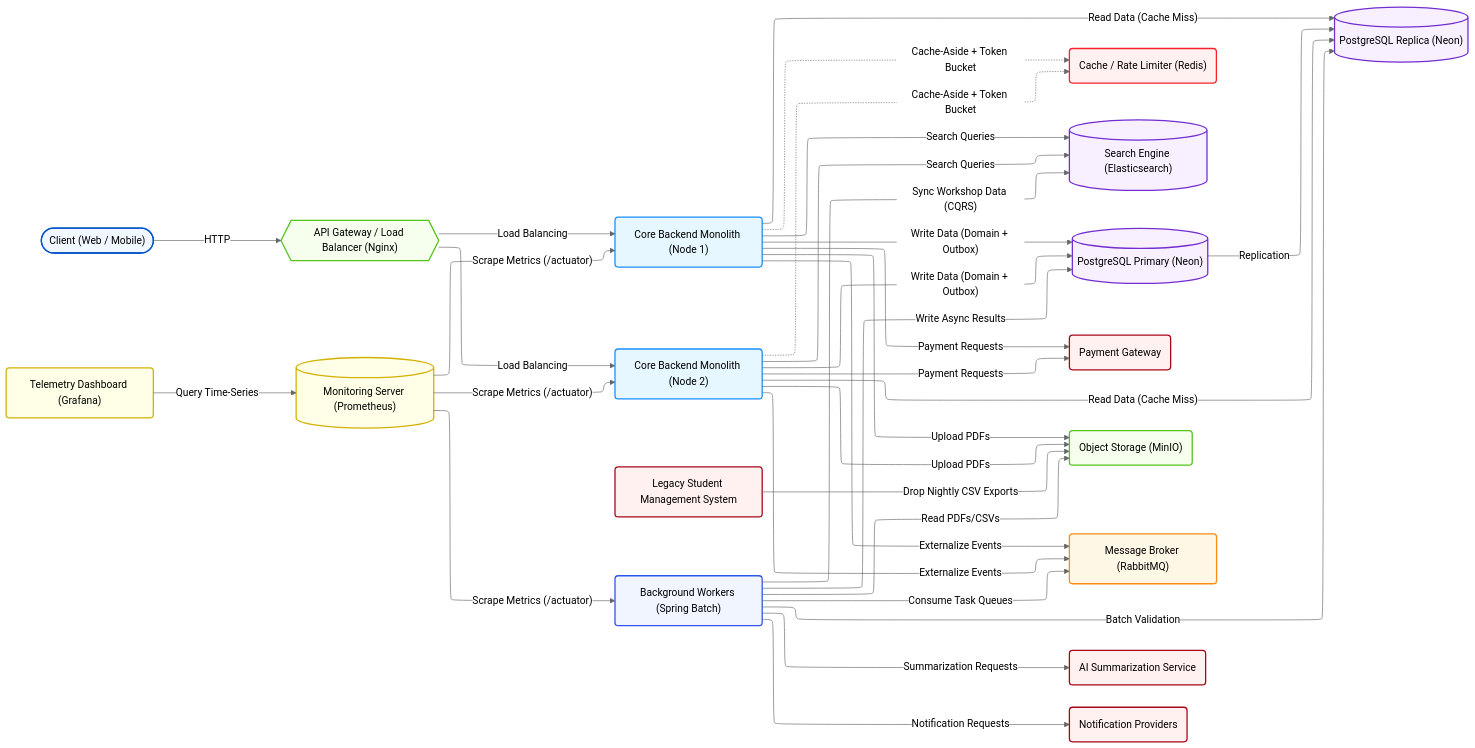
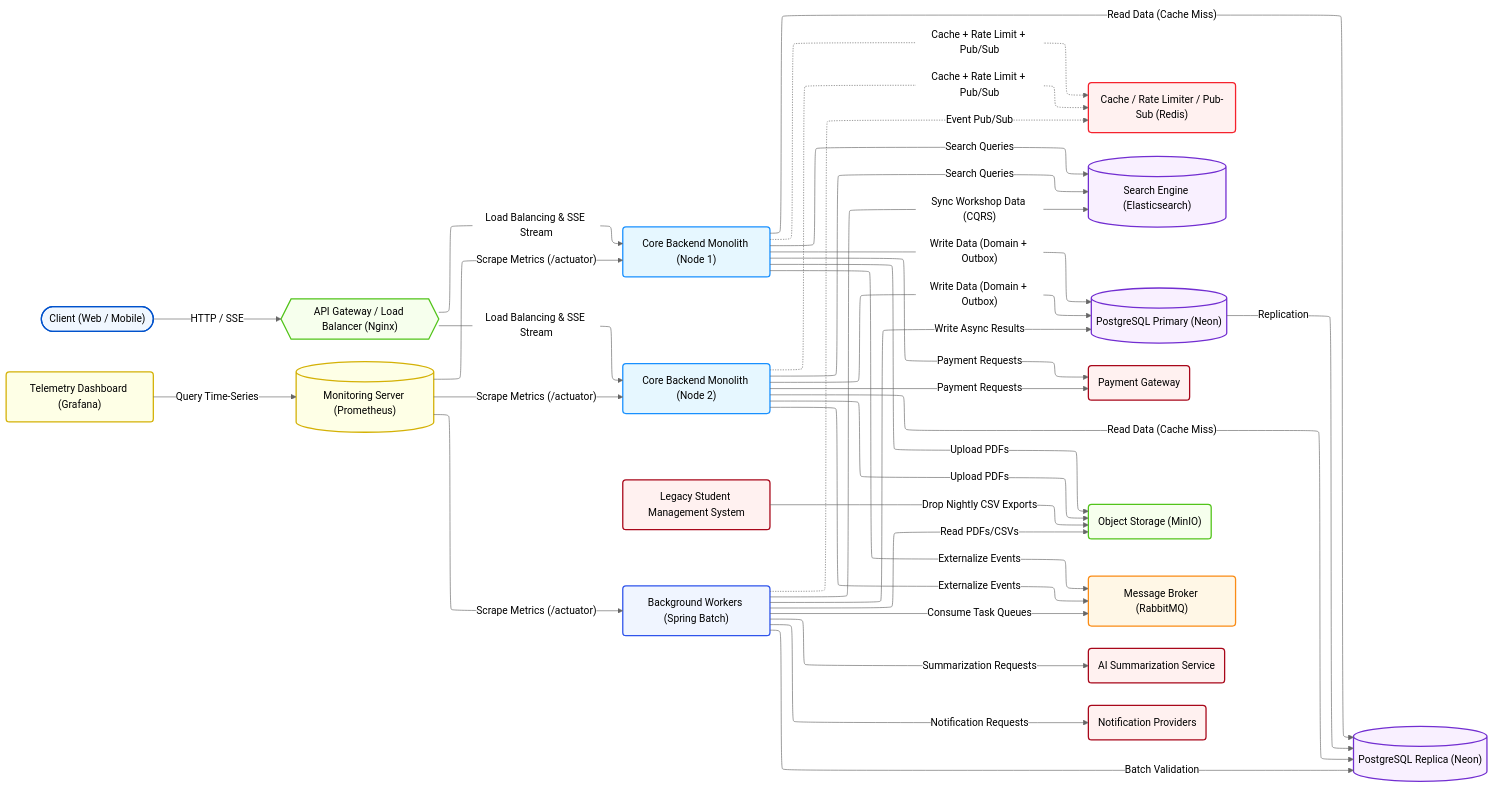
The diagram in docs/system-architecture.md (phatnguyen975/unihub-workshop), drawn with Mermaid before and after one commit. The commit also changed 8 other files, not shown here.

Commit message:
refactor: add SSE for realtime to architecture

```diff
--- a/docs/system-architecture.md
+++ b/docs/system-architecture.md
@@ -11,10 +11,10 @@
   theme: neutral
 ---
 flowchart LR
-    Client(["Client (Web / Mobile)"]) -- HTTP --> Nginx["API Gateway / Load Balancer (Nginx)"]
-    Nginx -- Load Balancing --> App1["Core Backend Monolith (Node 1)"] & App2["Core Backend Monolith (Node 2)"]
-    App1 -. "Cache-Aside + Token Bucket" .-> Redis["Cache / Rate Limiter (Redis)"]
-    App2 -. "Cache-Aside + Token Bucket" .-> Redis
+    Client(["Client (Web / Mobile)"]) -- "HTTP / SSE" --> Nginx["API Gateway / Load Balancer (Nginx)"]
+    Nginx -- "Load Balancing & SSE Stream" --> App1["Core Backend Monolith (Node 1)"] & App2["Core Backend Monolith (Node 2)"]
+    App1 -. "Cache + Rate Limit + Pub/Sub" .-> Redis["Cache / Rate Limiter / Pub-Sub (Redis)"]
+    App2 -. "Cache + Rate Limit + Pub/Sub" .-> Redis
     App1 -- Read Data (Cache Miss) --> Replica["PostgreSQL Replica (Neon)"]
     App2 -- Read Data (Cache Miss) --> Replica
     App1 -- Search Queries --> ES["Search Engine (Elasticsearch)"]
@@ -36,6 +36,7 @@
     Worker -- Sync Workshop Data (CQRS) --> ES
     Worker -- Summarization Requests --> AI["AI Summarization Service"]
     Worker -- Notification Requests --> Notify["Notification Providers"]
+    Worker -. "Event Pub/Sub" .-> Redis
     Prometheus -- "Scrape Metrics (/actuator)" --> App1
     Prometheus -- "Scrape Metrics (/actuator)" --> App2
     Prometheus -- "Scrape Metrics (/actuator)" --> Worker
```
